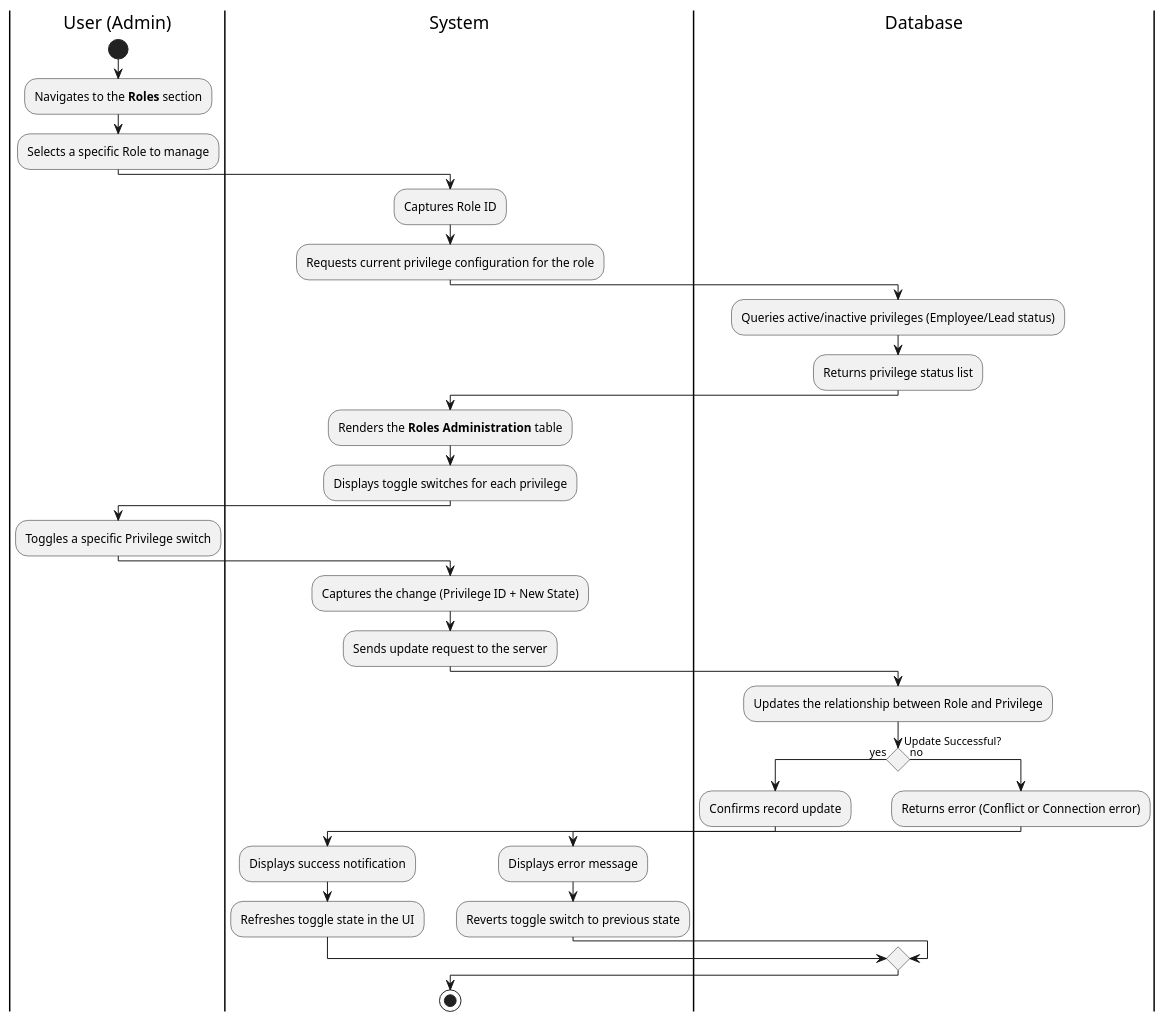
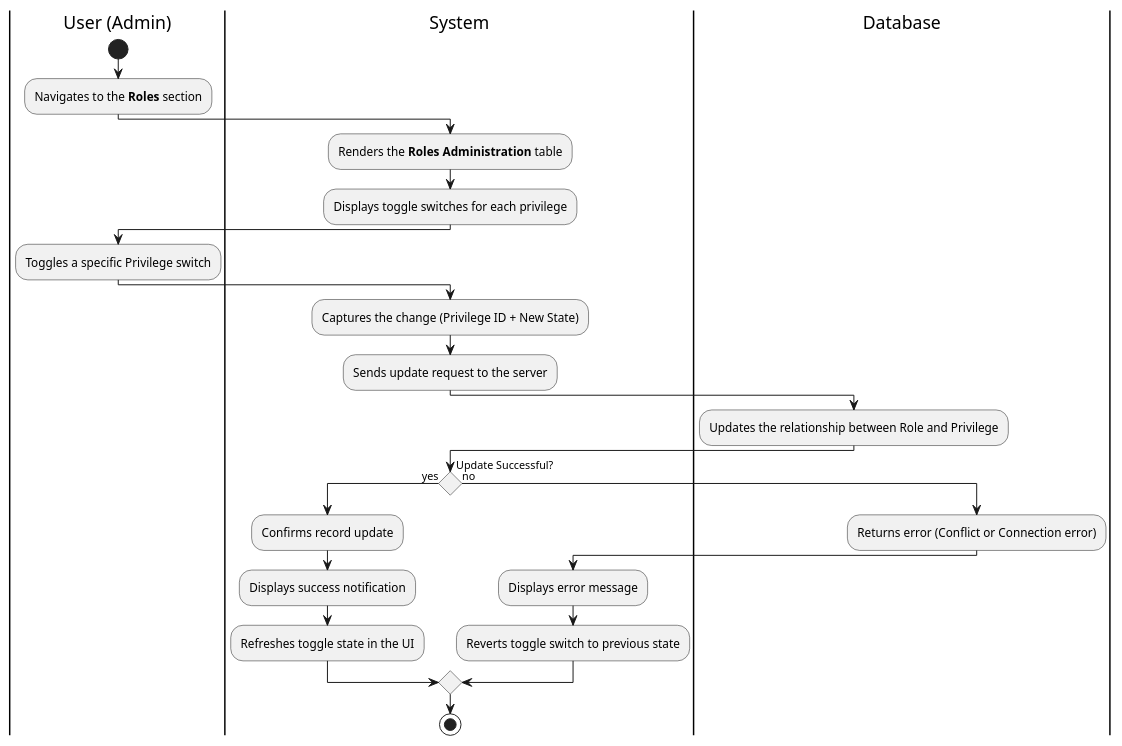
One commit to Berthou05/LimboSoftwareDevelopment_Change.org changed the diagram in documentation/activity_diagrams/ADMIN-04-ActivityDiagram.puml. Above: the diagram before and after it, drawn with PlantUML. The commit also changed 14 other files, not shown here.

Commit message:
Create Alex's Sequence Diagrams

```diff
--- a/documentation/activity_diagrams/ADMIN-04-ActivityDiagram.puml
+++ b/documentation/activity_diagrams/ADMIN-04-ActivityDiagram.puml
@@ -1,45 +1,37 @@
 @startuml
 skinparam conditionStyle diamond
 
 |User (Admin)|
 start
 :Navigates to the **Roles** section;
-:Selects a specific Role to manage;
-
-|System|
-:Captures Role ID;
-:Requests current privilege configuration for the role;
-
-|Database|
-:Queries active/inactive privileges (Employee/Lead status);
-:Returns privilege status list;
 
 |System|
 :Renders the **Roles Administration** table;
 :Displays toggle switches for each privilege;
 
 |User (Admin)|
 :Toggles a specific Privilege switch;
 
 |System|
 :Captures the change (Privilege ID + New State);
 :Sends update request to the server;
 
 |Database|
 :Updates the relationship between Role and Privilege;
 
+|System|
 if (Update Successful?) then (yes)
     :Confirms record update;
     |System|
     :Displays success notification;
     :Refreshes toggle state in the UI;
 else (no)
     |Database|
     :Returns error (Conflict or Connection error);
     |System|
     :Displays error message;
     :Reverts toggle switch to previous state;
 endif
 
 stop
 @enduml
```
